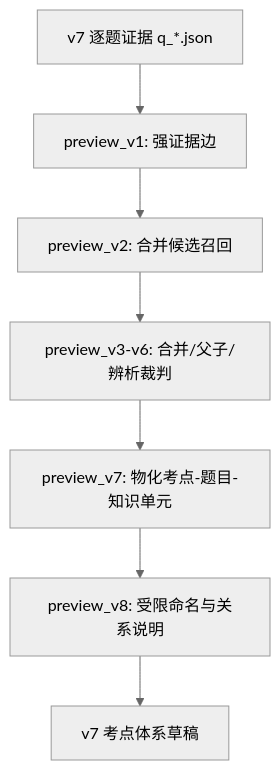
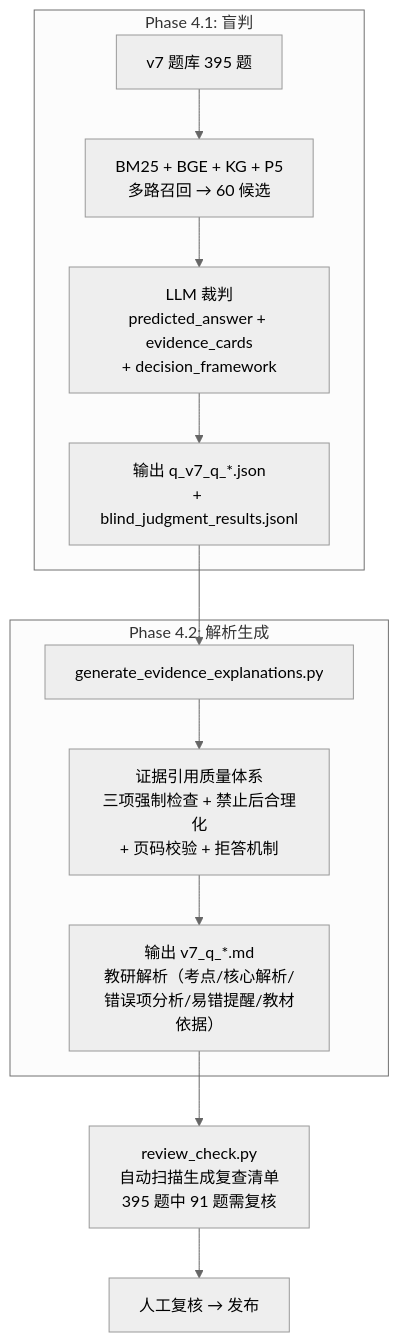
One commit to zk631315411-oss/cams changed the diagram in cams工作台（重构版）/v7/README.md. Above: the diagram before and after it, drawn with Mermaid (neutral theme). The commit also changed other lines of this file, not shown here.

````diff
--- a/cams工作台（重构版）/v7/README.md
+++ b/cams工作台（重构版）/v7/README.md
@@ -147,9 +127,17 @@
 ```mermaid
 flowchart TD
-  A["v7 逐题证据 q_*.json"] --> B["preview_v1: 强证据边"]
-  B --> C["preview_v2: 合并候选召回"]
-  C --> D["preview_v3-v6: 合并/父子/辨析裁判"]
-  D --> E["preview_v7: 物化考点-题目-知识单元"]
-  E --> F["preview_v8: 受限命名与关系说明"]
-  F --> G["v7 考点体系草稿"]
+  subgraph Phase4.1 ["Phase 4.1: 盲判"]
+    A["v7 题库 395 题"] --> B["BM25 + BGE + KG + P5\n多路召回 → 60 候选"]
+    B --> C["LLM 裁判\npredicted_answer + evidence_cards\n+ decision_framework"]
+    C --> D["输出 q_v7_q_*.json\n+ blind_judgment_results.jsonl"]
+  end
+  
+  subgraph Phase4.2 ["Phase 4.2: 解析生成"]
+    D --> E["generate_evidence_explanations.py"]
+    E --> F["证据引用质量体系\n三项强制检查 + 禁止后合理化\n+ 页码校验 + 拒答机制"]
+    F --> G["输出 v7_q_*.md\n教研解析（考点/核心解析/\n错误项分析/易错提醒/教材依据）"]
+  end
+  
+  G --> H["review_check.py\n自动扫描生成复查清单\n395 题中 91 题需复核"]
+  H --> I["人工复核 → 发布"]
 ```
````
